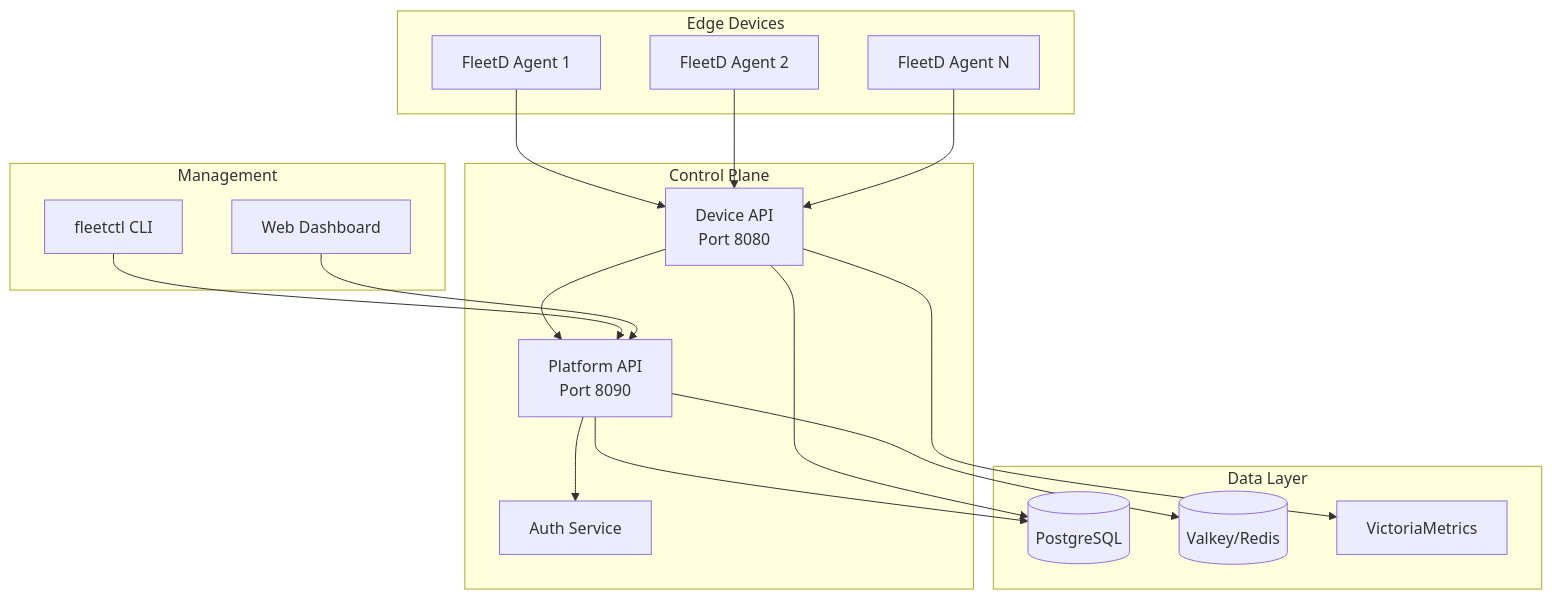
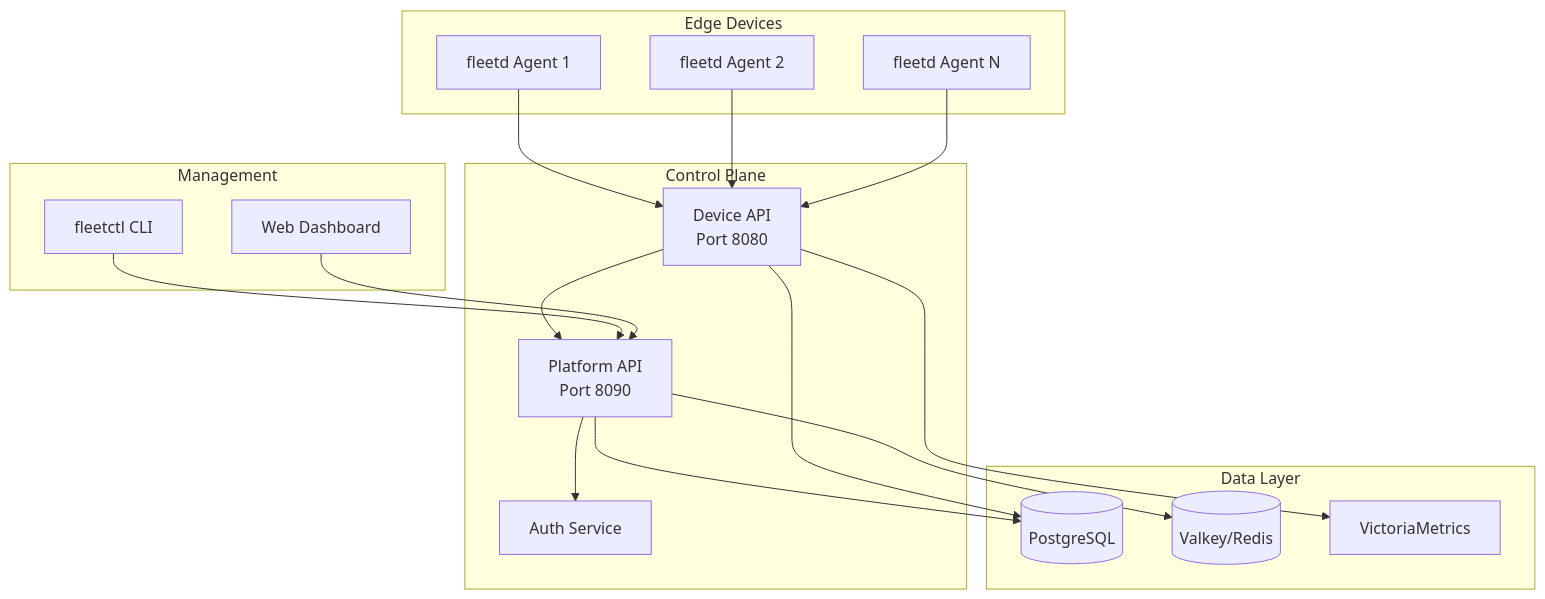
Before and after one commit to fleetd-sh/fleetd: the diagram in README.md, drawn with Mermaid. The commit also changed other lines of this file and 517 other files, not shown here.

````diff
--- a/README.md
+++ b/README.md
@@ -34,37 +68,37 @@
 ```mermaid
 graph TB
     subgraph "Edge Devices"
-        A[FleetD Agent 1]
-        B[FleetD Agent 2]
-        C[FleetD Agent N]
+        A[fleetd Agent 1]
+        B[fleetd Agent 2]
+        C[fleetd Agent N]
     end
 
     subgraph "Control Plane"
         D[Platform API<br/>Port 8090]
         E[Device API<br/>Port 8080]
         F[Auth Service]
     end
 
     subgraph "Data Layer"
         G[(PostgreSQL)]
         H[(Valkey/Redis)]
         I[VictoriaMetrics]
     end
 
     subgraph "Management"
         J[fleetctl CLI]
         K[Web Dashboard]
     end
 
     A --> E
     B --> E
     C --> E
     E --> D
     D --> F
     D --> G
     D --> H
     E --> G
     E --> I
     J --> D
     K --> D
 ```
````
